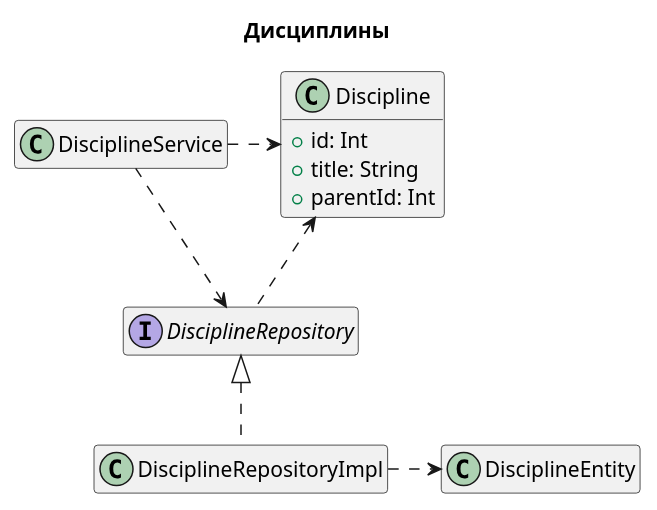
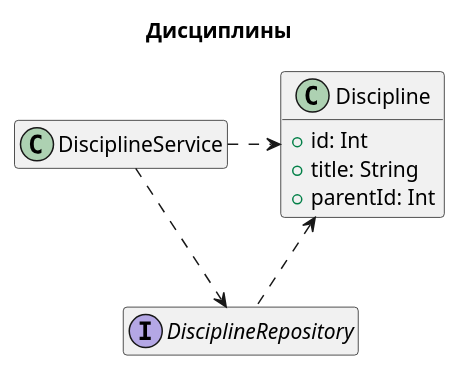
The diagram in src/main/docs/classes_disciplines.puml (hyposun/deppplom), drawn with PlantUML before and after one commit. The commit also changed 7 other files, not shown here.

```diff
--- a/src/main/docs/classes_disciplines.puml
+++ b/src/main/docs/classes_disciplines.puml
@@ -1,29 +1,29 @@
 @startuml
 
 hide empty members
 allowmixing
 
 title "Дисциплины"
 
 class DisciplineService
 
 interface DisciplineRepository
 
 class Discipline {
     + id: Int
     + title: String
     + parentId: Int
 }
 
 Discipline <.. DisciplineRepository
 
-class DisciplineRepositoryImpl implements DisciplineRepository
-class DisciplineEntity
-DisciplineRepositoryImpl .> DisciplineEntity
+'class DisciplineRepositoryImpl implements DisciplineRepository
+'class DisciplineEntity
+'DisciplineRepositoryImpl .> DisciplineEntity
 
 DisciplineService .> Discipline
 DisciplineService ..> DisciplineRepository
 
 
 
 @enduml
```
